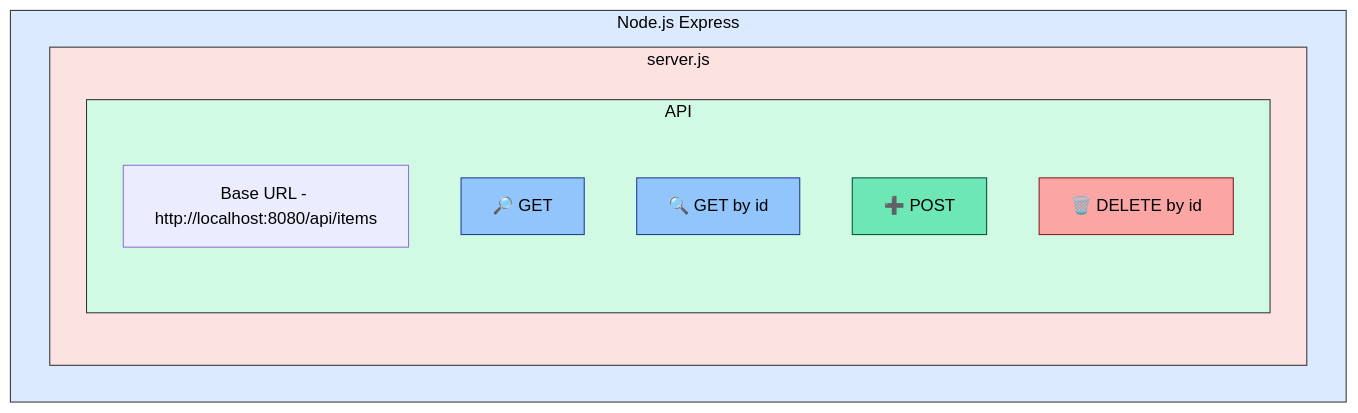
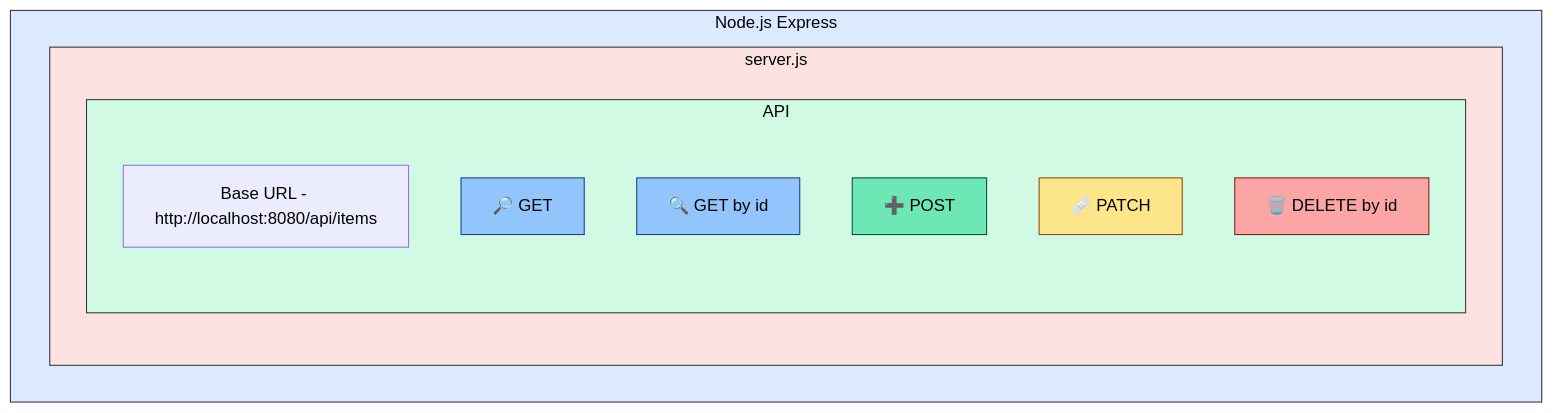
The diagram in documentation/docs/quickstart.md (Iurii132/sample-doc-site), drawn with Mermaid before and after one commit. The commit also changed 4 other files, not shown here.

````diff
--- a/documentation/docs/quickstart.md
+++ b/documentation/docs/quickstart.md
@@ -7,46 +7,53 @@
 ```mermaid
 
 flowchart TB
     subgraph A[Node.js Express]
     style A fill:#dbeafe,stroke:#333,stroke-width:1px,color:#000
 
         subgraph B[server.js]
         style B fill:#fde2e2,stroke:#333,stroke-width:1px,color:#000
 
 			
             subgraph C[API]
             style C fill:#d1fae5,stroke:#333,stroke-width:1px,color:#000
 
                 Base[Base URL - http://localhost:8080/api/items]
                 style Base color:#000
                 GET[🔎 GET]
                 GET_ID[🔍 GET by id]
                 POST[➕ POST]
+                PATCH_ID[🩹 PATCH]
                 DELETE_ID[🗑️ DELETE by id]
 
             end
         end
     end
 
 
     class GET,GET_ID get;
     classDef get fill:#93c5fd; 
     classDef get stroke:#1e3a8a;
     classDef get color:#000; 
     classDef get stroke-width:1px;
 	
     class POST post;
     classDef post fill:#6ee7b7; 
     classDef post stroke:#064e3b;
     classDef post color:#000; 
     classDef post stroke-width:1px;	
 	
+    class PATCH_ID patch;
+    classDef patch fill:#fde68a;
+    classDef patch stroke:#92400e;
+    classDef patch color:#000;
+    classDef patch stroke-width:1px;
+
     class DELETE_ID delete;
 	classDef delete fill:#fca5a5;
     classDef delete stroke:#7f1d1d;
     classDef delete color:#000; 
     classDef delete stroke-width:1px;	
 	
 
 
 ```
````
